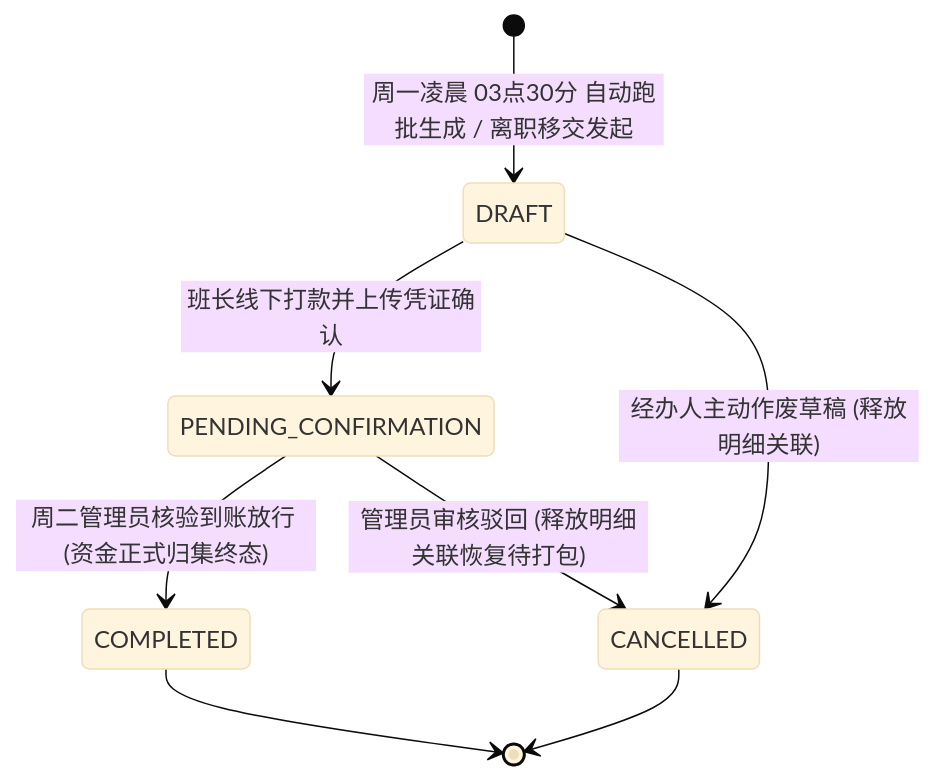
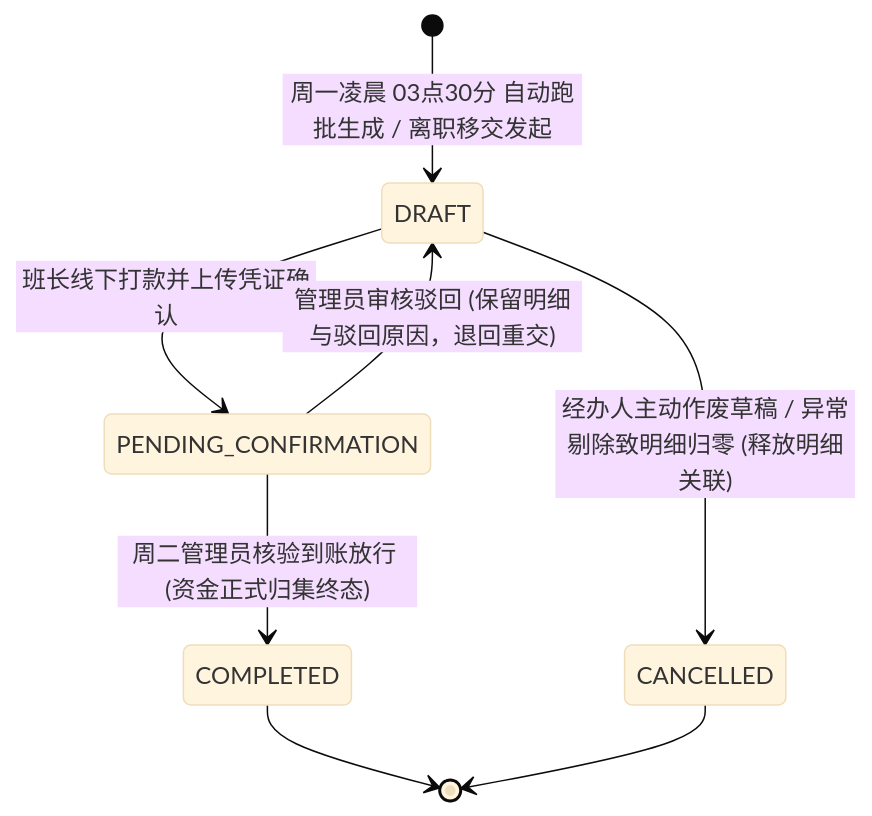
One commit to Onezao/dream changed the first of 5 diagrams in docs/prd/m5a_transfer_collection.md. Above: the diagram before and after it, drawn with Mermaid (base theme). The commit also changed other lines of this file and 15 other files, not shown here.

````diff
--- a/docs/prd/m5a_transfer_collection.md
+++ b/docs/prd/m5a_transfer_collection.md
@@ -122,13 +124,13 @@
 ```mermaid
 stateDiagram-v2
     [*] --> DRAFT: 周一凌晨 03点30分 自动跑批生成 / 离职移交发起
     
     DRAFT --> PENDING_CONFIRMATION: 班长线下打款并上传凭证确认
-    DRAFT --> CANCELLED: 经办人主动作废草稿 (释放明细关联)
+    DRAFT --> CANCELLED: 经办人主动作废草稿 / 异常剔除致明细归零 (释放明细关联)
     
     PENDING_CONFIRMATION --> COMPLETED: 周二管理员核验到账放行 (资金正式归集终态)
-    PENDING_CONFIRMATION --> CANCELLED: 管理员审核驳回 (释放明细关联恢复待打包)
+    PENDING_CONFIRMATION --> DRAFT: 管理员审核驳回 (保留明细与驳回原因，退回重交)
     
     COMPLETED --> [*]
     CANCELLED --> [*]
 ```
````
